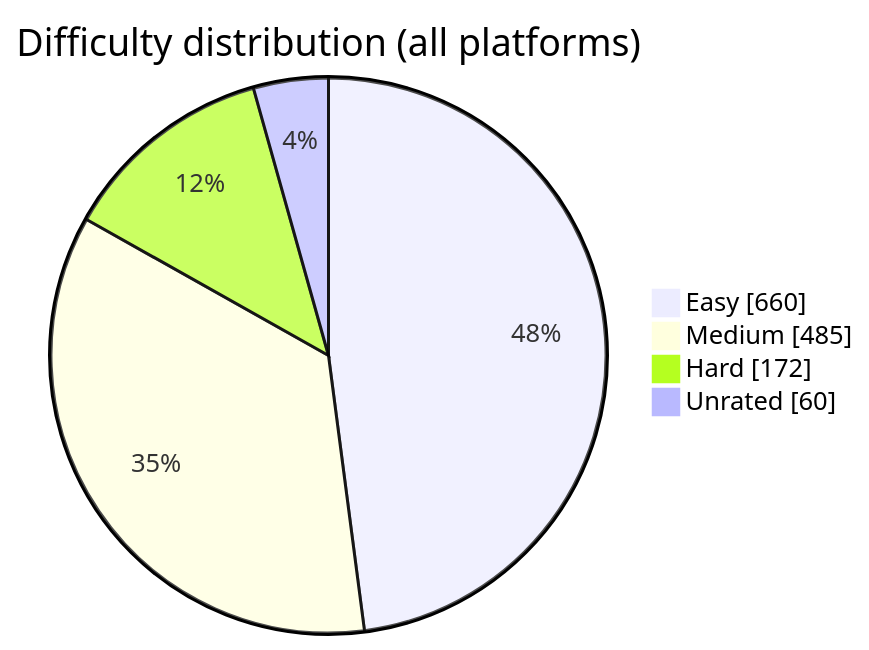
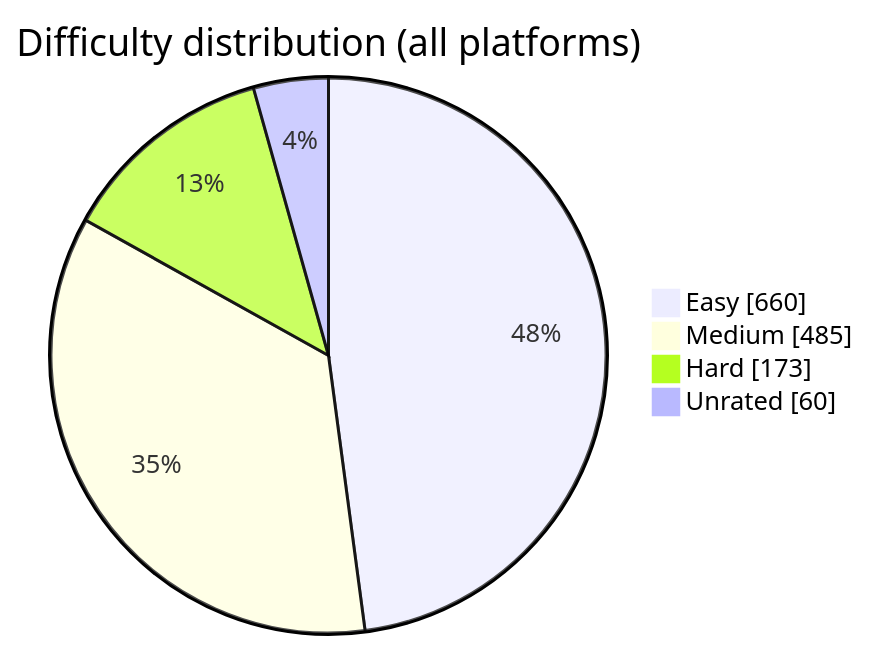
Before and after one commit to BuildbyArindam/Daily-Coding-Log: the diagram in README.md, drawn with Mermaid. The commit also changed other lines of this file, not shown here.

````diff
--- a/README.md
+++ b/README.md
@@ -93,7 +93,7 @@
 ```mermaid
 pie showData title Difficulty distribution (all platforms)
     "Easy" : 660
     "Medium" : 485
-    "Hard" : 172
+    "Hard" : 173
     "Unrated" : 60
 ```
````
